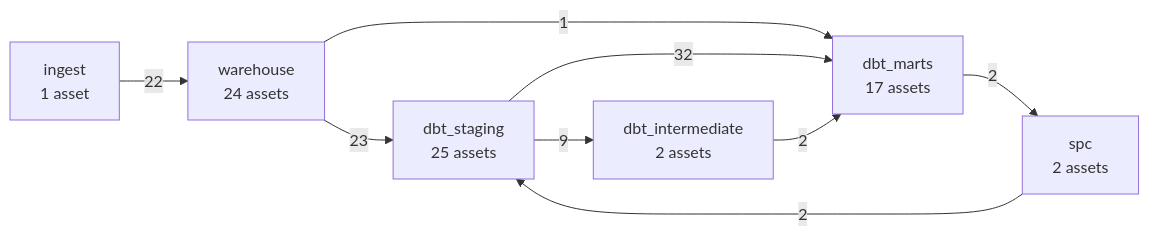
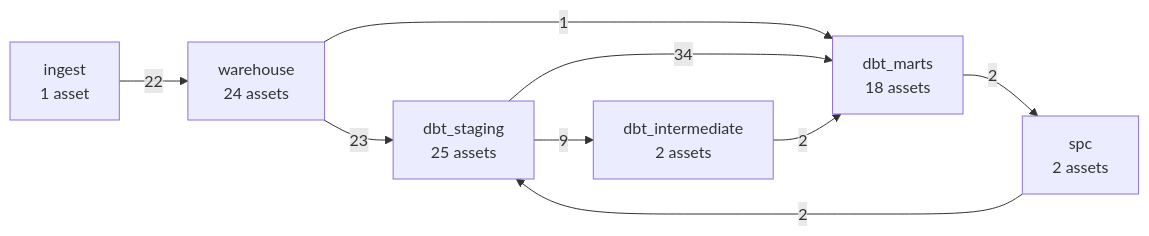
Before and after one commit to anson10/waferLens: the diagram in docs/pipeline.md, drawn with Mermaid. The commit also changed other lines of this file and 18 other files, not shown here.

````diff
--- a/docs/pipeline.md
+++ b/docs/pipeline.md
@@ -11,17 +11,17 @@
 ```mermaid
 flowchart LR
     ingest["ingest<br/>1 asset"]
     warehouse["warehouse<br/>24 assets"]
     dbt_staging["dbt_staging<br/>25 assets"]
     dbt_intermediate["dbt_intermediate<br/>2 assets"]
-    dbt_marts["dbt_marts<br/>17 assets"]
+    dbt_marts["dbt_marts<br/>18 assets"]
     spc["spc<br/>2 assets"]
     ingest -->|22| warehouse
     warehouse -->|23| dbt_staging
     warehouse -->|1| dbt_marts
     dbt_staging -->|9| dbt_intermediate
-    dbt_staging -->|32| dbt_marts
+    dbt_staging -->|34| dbt_marts
     dbt_intermediate -->|2| dbt_marts
     dbt_marts -->|2| spc
     spc -->|2| dbt_staging
 ```
````
